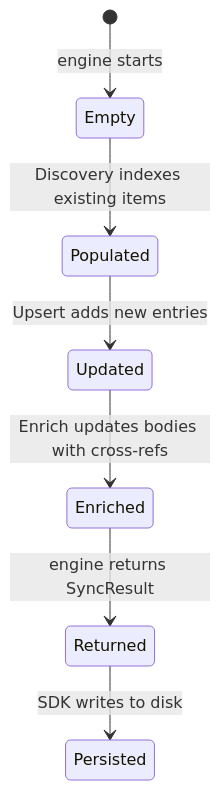
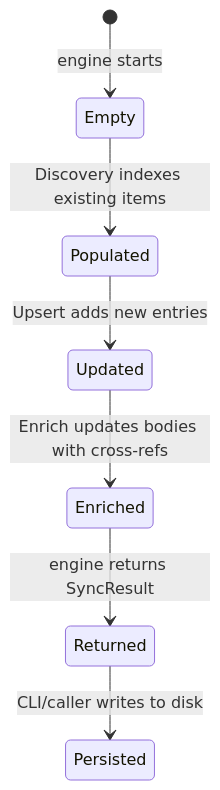
Before and after one commit to aryeko/planpilot: the second of 2 diagrams in docs/design/engine.md, drawn with Mermaid. The commit also changed other lines of this file and 63 other files, not shown here.

````diff
--- a/docs/design/engine.md
+++ b/docs/design/engine.md
@@ -235,9 +237,9 @@
 ```mermaid
 stateDiagram-v2
     [*] --> Empty: engine starts
     Empty --> Populated: Discovery indexes existing items
     Populated --> Updated: Upsert adds new entries
     Updated --> Enriched: Enrich updates bodies with cross-refs
     Enriched --> Returned: engine returns SyncResult
-    Returned --> Persisted: SDK writes to disk
+    Returned --> Persisted: CLI/caller writes to disk
 ```
````
